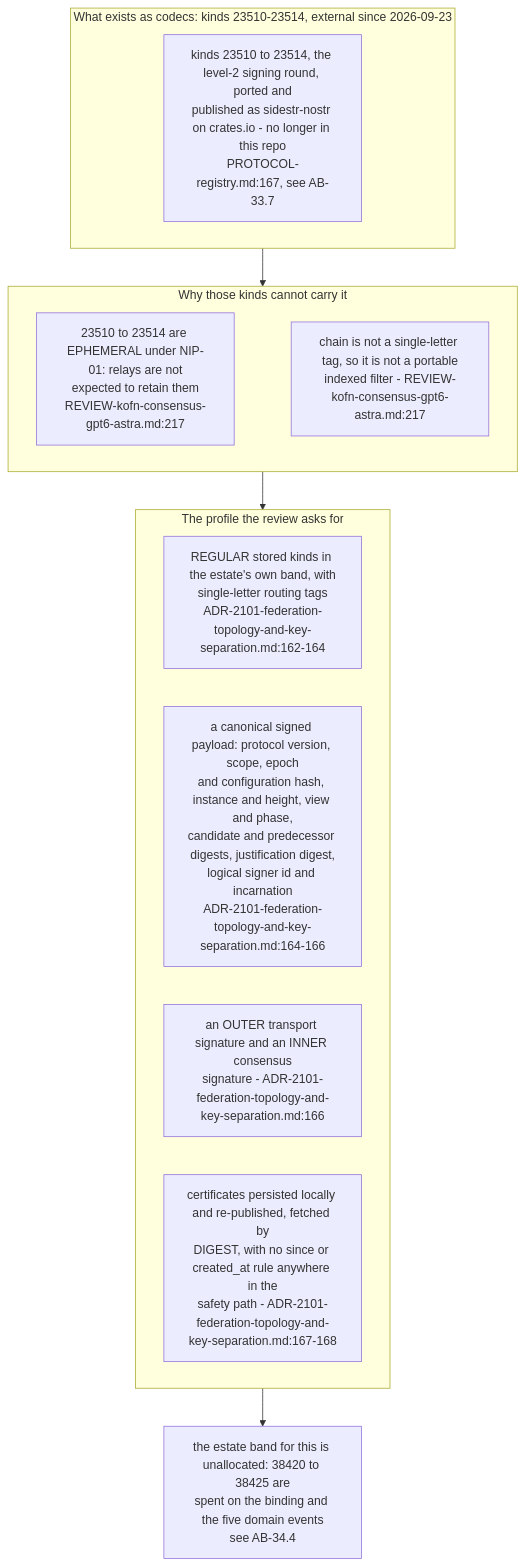
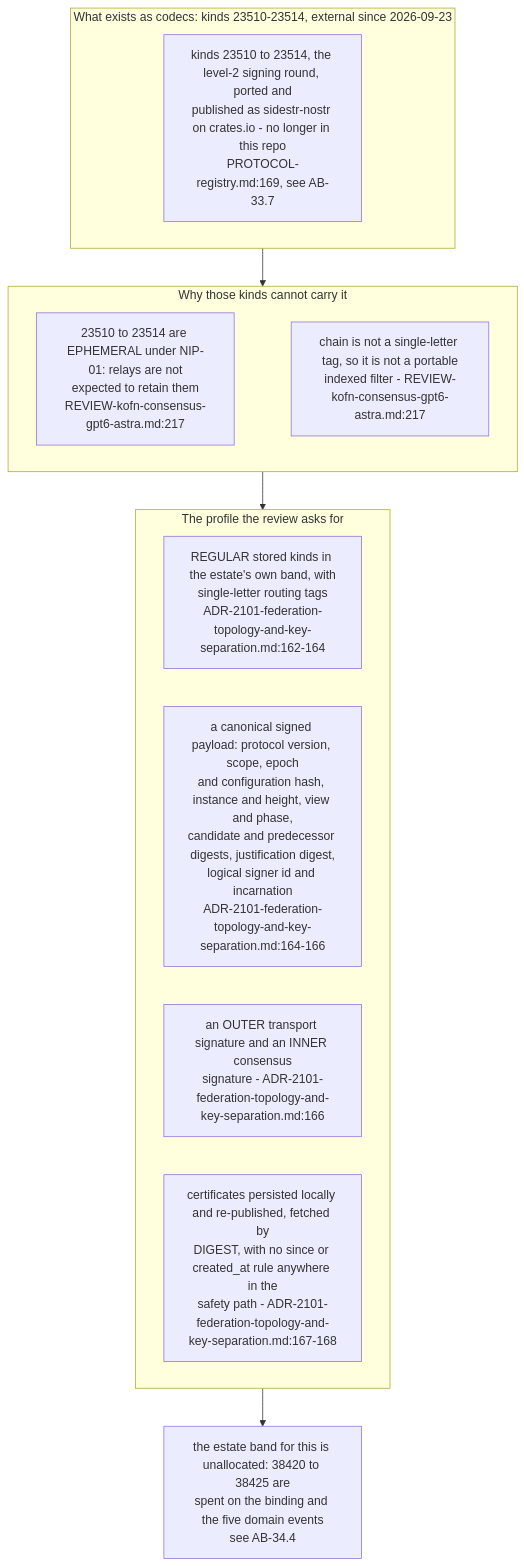
Before and after one commit to DreamLab-AI/VisionFlow: the third of 5 diagrams in docs/diagrams/agentbox/35-sidestr-level-2-consensus.md, drawn with Mermaid. The commit also changed other lines of this file and 173 other files, not shown here.

````diff
--- a/docs/diagrams/agentbox/35-sidestr-level-2-consensus.md
+++ b/docs/diagrams/agentbox/35-sidestr-level-2-consensus.md
@@ -83,20 +83,20 @@
 ```mermaid
 flowchart TB
     subgraph have["What exists as codecs: kinds 23510-23514, external since 2026-09-23"]
-        C1["kinds 23510 to 23514, the level-2 signing round, ported and<br/>published as sidestr-nostr on crates.io - no longer in this repo<br/>PROTOCOL-registry.md:167, see AB-33.7"]
+        C1["kinds 23510 to 23514, the level-2 signing round, ported and<br/>published as sidestr-nostr on crates.io - no longer in this repo<br/>PROTOCOL-registry.md:169, see AB-33.7"]
     end
     subgraph broken["Why those kinds cannot carry it"]
         B1["23510 to 23514 are EPHEMERAL under NIP-01: relays are not<br/>expected to retain them<br/>REVIEW-kofn-consensus-gpt6-astra.md:217"]
         B2["chain is not a single-letter tag, so it is not a portable<br/>indexed filter - REVIEW-kofn-consensus-gpt6-astra.md:217"]
         B1 ~~~ B2
     end
     subgraph want["The profile the review asks for"]
         W1["REGULAR stored kinds in the estate's own band, with<br/>single-letter routing tags<br/>ADR-2101-federation-topology-and-key-separation.md:162-164"]
         W2["a canonical signed payload: protocol version, scope, epoch<br/>and configuration hash, instance and height, view and phase,<br/>candidate and predecessor digests, justification digest,<br/>logical signer id and incarnation<br/>ADR-2101-federation-topology-and-key-separation.md:164-166"]
         W3["an OUTER transport signature and an INNER consensus<br/>signature - ADR-2101-federation-topology-and-key-separation.md:166"]
         W4["certificates persisted locally and re-published, fetched by<br/>DIGEST, with no since or created_at rule anywhere in the<br/>safety path - ADR-2101-federation-topology-and-key-separation.md:167-168"]
     end
     have --> broken
     broken --> want
     want --> BAND["the estate band for this is unallocated: 38420 to 38425 are<br/>spent on the binding and the five domain events<br/>see AB-34.4"]
 ```
````
